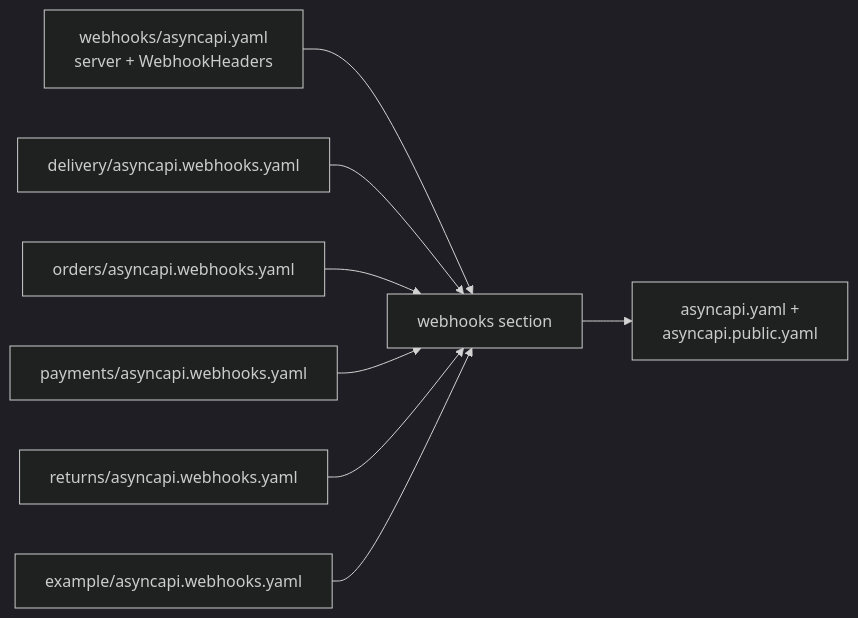
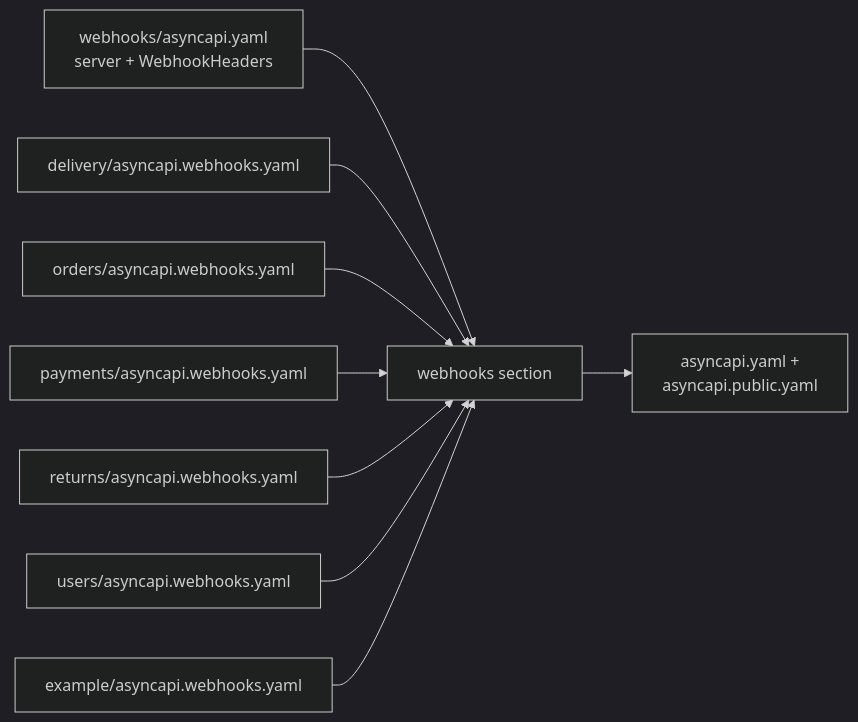
The second of 2 diagrams in docs/api/contract-fragmentation.md (Guebbit/boilerplate-node-backend), drawn with Mermaid (dark theme) before and after one commit. The commit also changed other lines of this file and 9 other files, not shown here.

````diff
--- a/docs/api/contract-fragmentation.md
+++ b/docs/api/contract-fragmentation.md
@@ -422,10 +422,11 @@
 ```mermaid
 flowchart LR
     W["webhooks/asyncapi.yaml<br/>server + WebhookHeaders"] --> S["webhooks section"]
     D["delivery/asyncapi.webhooks.yaml"] --> S
     O["orders/asyncapi.webhooks.yaml"] --> S
     P["payments/asyncapi.webhooks.yaml"] --> S
     R["returns/asyncapi.webhooks.yaml"] --> S
+    U["users/asyncapi.webhooks.yaml"] --> S
     E["example/asyncapi.webhooks.yaml"] --> S
     S --> B["asyncapi.yaml +<br/>asyncapi.public.yaml"]
 ```
````
